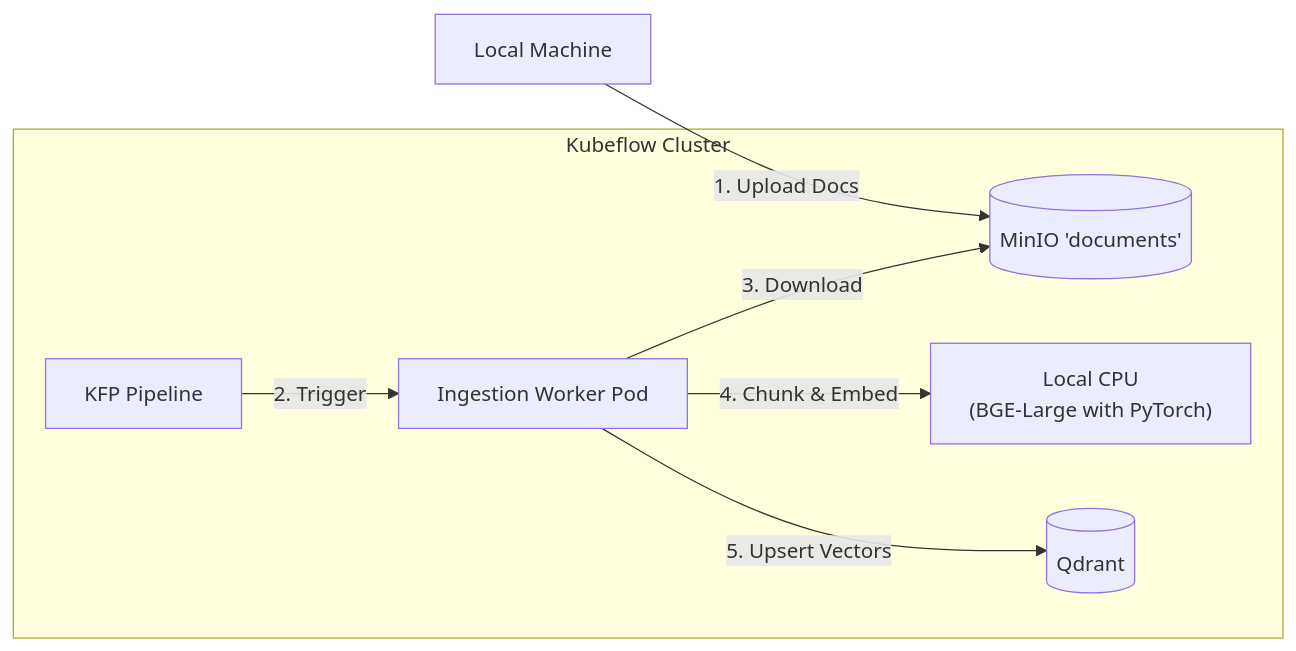
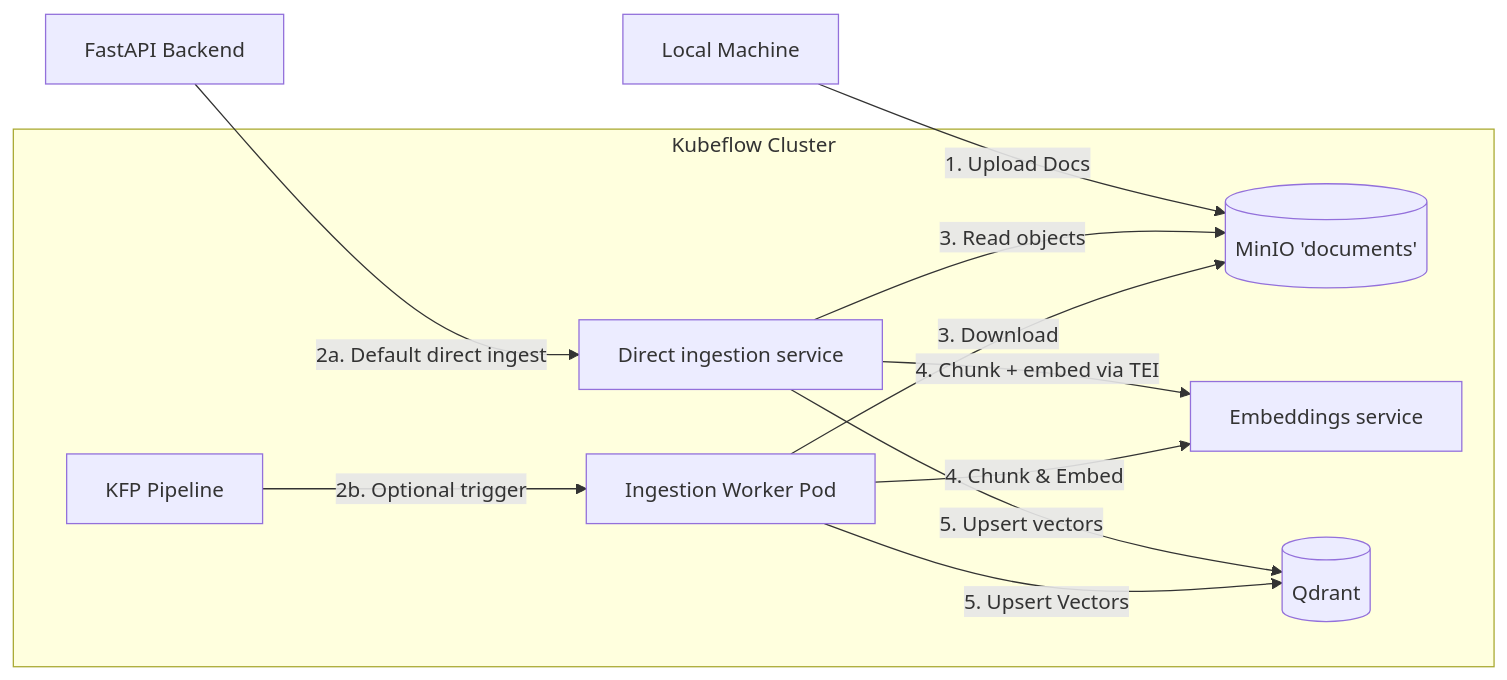
One commit to elis-salobehaj/Vellum changed the diagram in docs/designs/ingestion-pipeline.md. Above: the diagram before and after it, drawn with Mermaid. The commit also changed other lines of this file and 49 other files, not shown here.

````diff
--- a/docs/designs/ingestion-pipeline.md
+++ b/docs/designs/ingestion-pipeline.md
@@ -10,12 +10,17 @@
 ```mermaid
 graph LR
     Local[Local Machine] -->|1. Upload Docs| MinIO[(MinIO 'documents')]
+    Backend[FastAPI Backend] -->|2a. Default direct ingest| Direct[Direct ingestion service]
     
     subgraph "Kubeflow Cluster"
-        KFP[KFP Pipeline] -->|2. Trigger| Worker[Ingestion Worker Pod]
+        KFP[KFP Pipeline] -->|2b. Optional trigger| Worker[Ingestion Worker Pod]
         
+        Direct -->|3. Read objects| MinIO
+        Direct -->|4. Chunk + embed via TEI| TEI[Embeddings service]
+        Direct -->|5. Upsert vectors| Qdrant[(Qdrant)]
+
         Worker -->|3. Download| MinIO
-        Worker -->|4. Chunk & Embed| WorkerCPU["Local CPU<br>(BGE-Large with PyTorch)"]
+        Worker -->|4. Chunk & Embed| TEI
         Worker -->|5. Upsert Vectors| Qdrant[(Qdrant)]
     end
 ```
````
